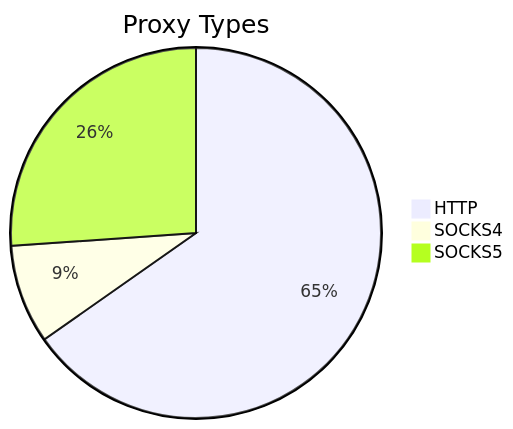
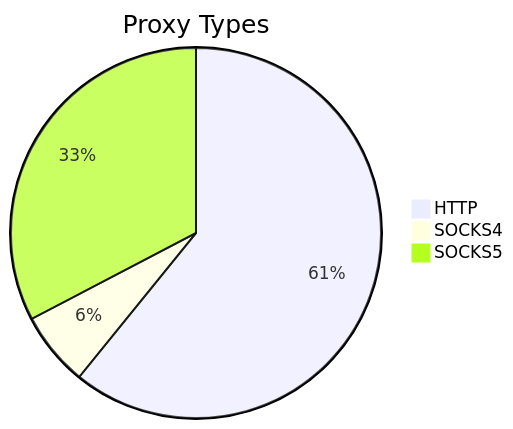
The first of 2 diagrams in README.md (stormsia/proxy-list), drawn with Mermaid before and after one commit. The commit also changed other lines of this file, not shown here.

````diff
--- a/README.md
+++ b/README.md
@@ -21,6 +21,6 @@
 ```mermaid
 pie title Proxy Types
-    "HTTP" : 325
-    "SOCKS4" : 43
-    "SOCKS5" : 130
+    "HTTP" : 244
+    "SOCKS4" : 26
+    "SOCKS5" : 131
 ```
````
